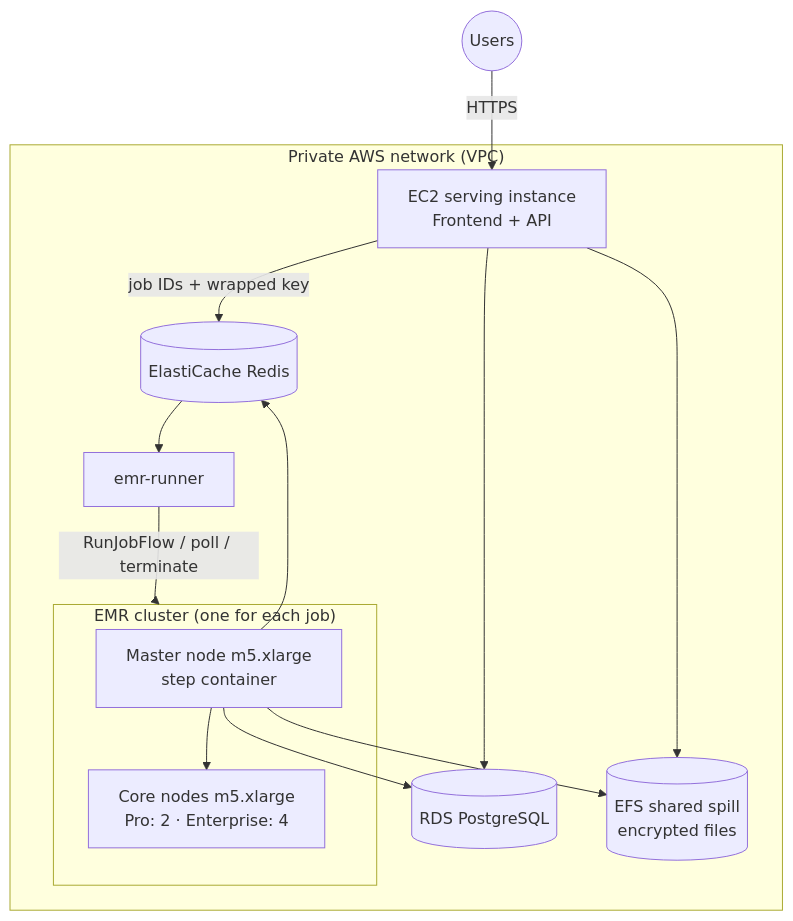
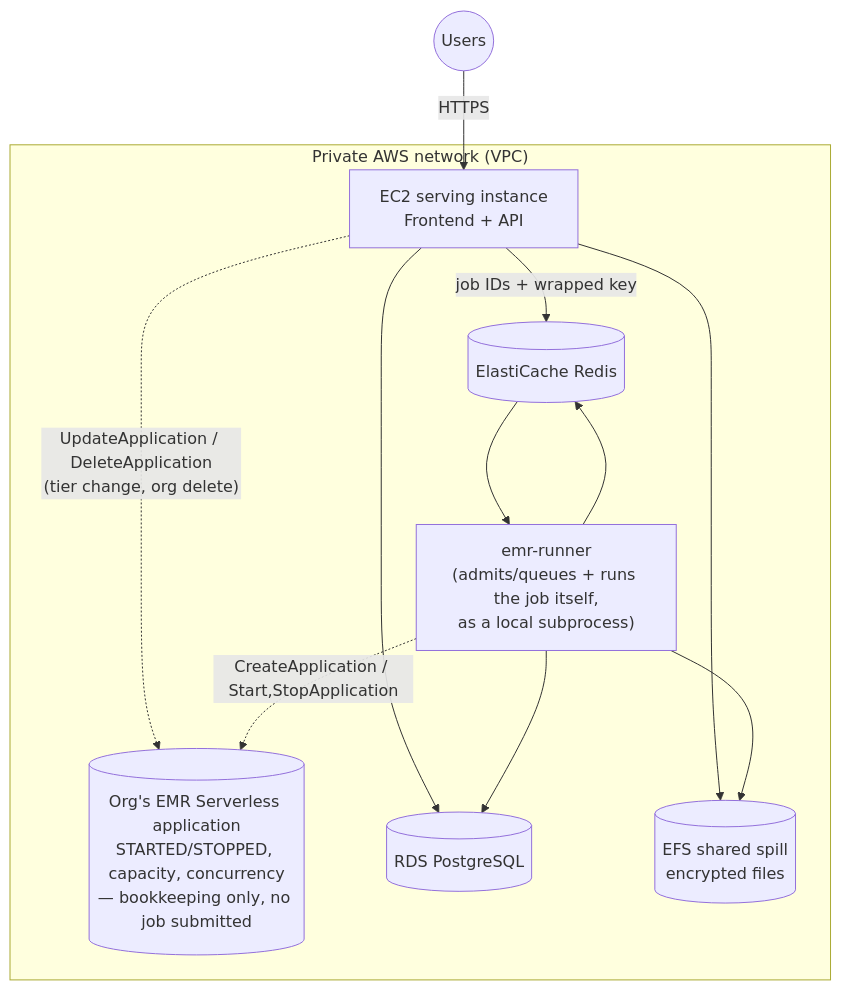
Before and after one commit to DataShield-sp18/data-shield-docs: the first of 2 diagrams in docs/cloud/aws-architecture.md, drawn with Mermaid. The commit also changed other lines of this file and 6 other files, not shown here.

First line of the commit message:
docs(emr): rewrite big-job lane for EMR Serverless

````diff
--- a/docs/cloud/aws-architecture.md
+++ b/docs/cloud/aws-architecture.md
@@ -22,26 +23,23 @@
 ```mermaid
 flowchart TB
     Users(("Users")) -->|HTTPS| Serving
 
     subgraph VPC["Private AWS network (VPC)"]
         Serving["EC2 serving instance<br/>Frontend + API"]
-        Runner["emr-runner"]
-        subgraph EMRC["EMR cluster (one for each job)"]
-            Master["Master node m5.xlarge<br/>step container"]
-            Core["Core nodes m5.xlarge<br/>Pro: 2 · Enterprise: 4"]
-        end
+        Runner["emr-runner<br/>(admits/queues + runs the job itself,<br/>as a local subprocess)"]
+        App[("Org's EMR Serverless application<br/>STARTED/STOPPED, capacity, concurrency<br/>— bookkeeping only, no job submitted")]
         DB[("RDS PostgreSQL")]
         Cache[("ElastiCache Redis")]
         Store[("EFS shared spill<br/>encrypted files")]
     end
 
     Serving --> DB
     Serving -- "job IDs + wrapped key" --> Cache
     Serving --> Store
+    Serving -. "UpdateApplication / DeleteApplication<br/>(tier change, org delete)" .-> App
     Cache --> Runner
-    Runner -- "RunJobFlow / poll / terminate" --> EMRC
-    Master --> Core
-    Master --> DB
-    Master --> Cache
-    Master --> Store
+    Runner -. "CreateApplication / Start,StopApplication" .-> App
+    Runner --> DB
+    Runner --> Cache
+    Runner --> Store
 ```
````
